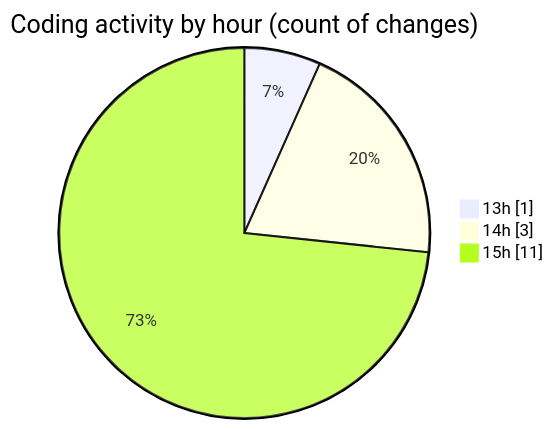
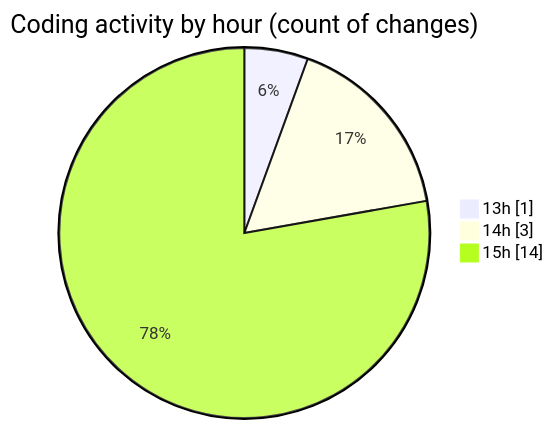
The second of 2 diagrams in 2025-04-12/nxtqube_webapp/README.md (nxtqubesakshisongat/code-tracking), drawn with Mermaid before and after one commit. The commit also changed other lines of this file and 1 other file, not shown here.

````diff
--- a/2025-04-12/nxtqube_webapp/README.md
+++ b/2025-04-12/nxtqube_webapp/README.md
@@ -30,7 +30,7 @@
 ```mermaid
 pie showData
 title Coding activity by hour (count of changes)
 "13h" : 1
 "14h" : 3
-"15h" : 11
+"15h" : 14
 ```
````
